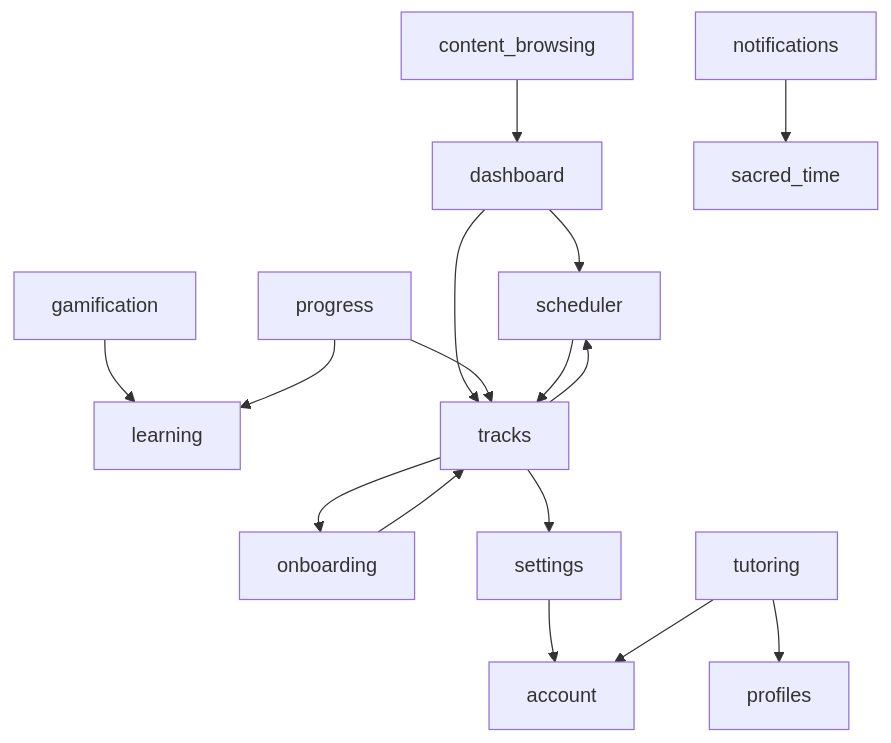
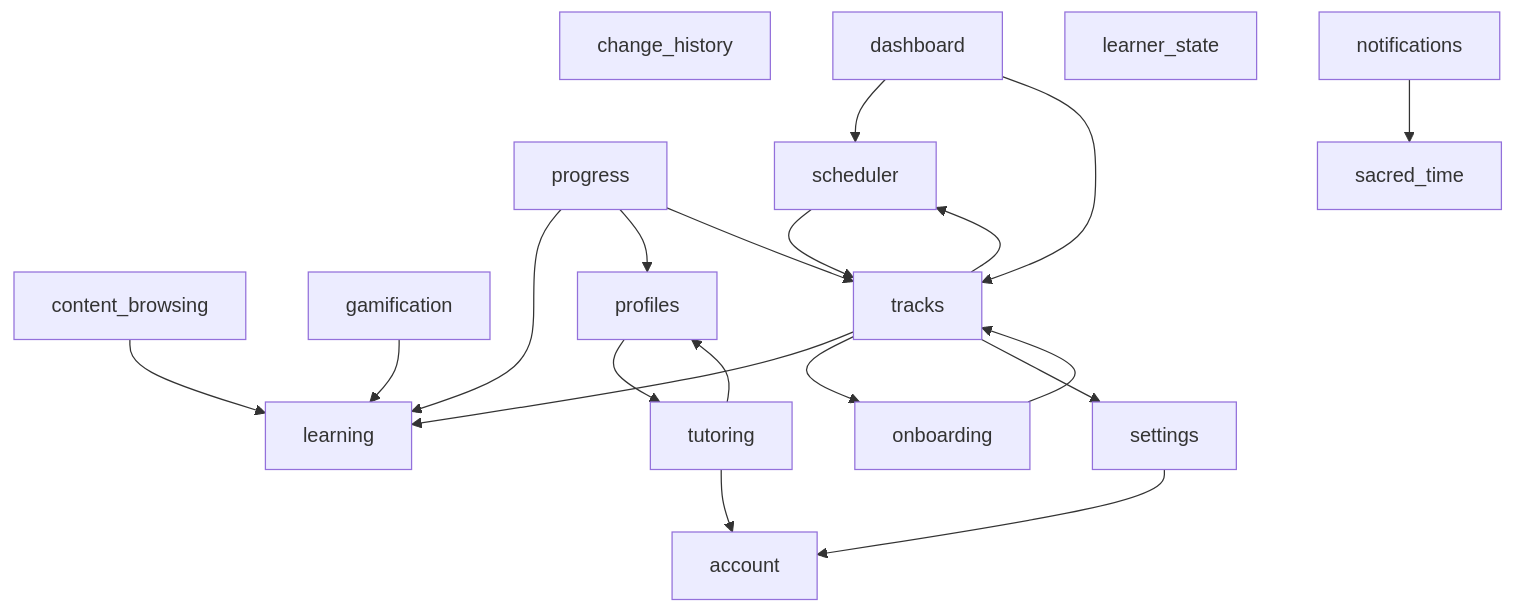
One commit to dniasoff/learning-tracker changed the second of 4 diagrams in docs/architecture.md. Above: the diagram before and after it, drawn with Mermaid. The commit also changed 2 other files, not shown here.

Commit message:
feat(sub-tracks): DNI-514 T3 history Undo status derived from reverts_action_id
HistoryUndoIndex derives each Change history row's Undo status only from
the persisted reverts_action_id relation (entries and undo voids), so the
original row reads Undone on every device and a revert row offers no Undo.
A learnerSettings seed and an all-lock-ignored capture offer none; an
action over 10 docs of one entity is flagged online-only (AC-8). Adds the
change_history node to the architecture feature graph (regenerated, which
also picks up the existing learner_state node).

````diff
--- a/docs/architecture.md
+++ b/docs/architecture.md
@@ -240,33 +240,38 @@
 ```mermaid
 graph TD
     account["account"]
+    change_history["change_history"]
     content_browsing["content_browsing"]
     dashboard["dashboard"]
     gamification["gamification"]
+    learner_state["learner_state"]
     learning["learning"]
     notifications["notifications"]
     onboarding["onboarding"]
     profiles["profiles"]
     progress["progress"]
     sacred_time["sacred_time"]
     scheduler["scheduler"]
     settings["settings"]
     tracks["tracks"]
     tutoring["tutoring"]
 
-    content_browsing --> dashboard
+    content_browsing --> learning
     dashboard --> scheduler
     dashboard --> tracks
     gamification --> learning
     notifications --> sacred_time
     onboarding --> tracks
+    profiles --> tutoring
     progress --> learning
+    progress --> profiles
     progress --> tracks
     scheduler --> tracks
     settings --> account
+    tracks --> learning
     tracks --> onboarding
     tracks --> scheduler
     tracks --> settings
     tutoring --> account
     tutoring --> profiles
 ```
````
